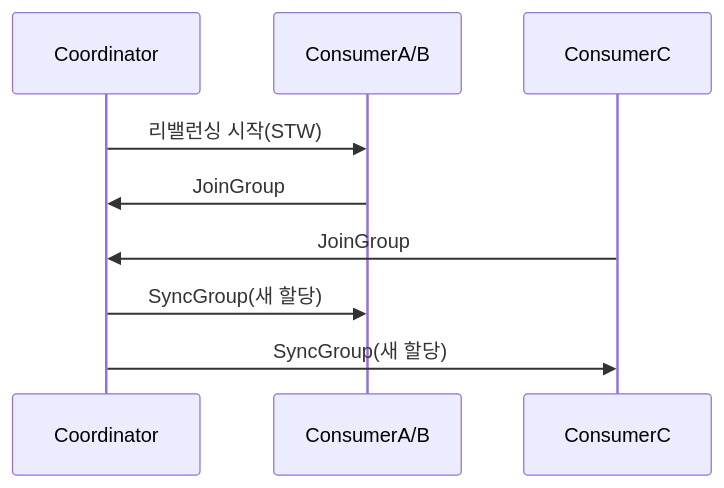
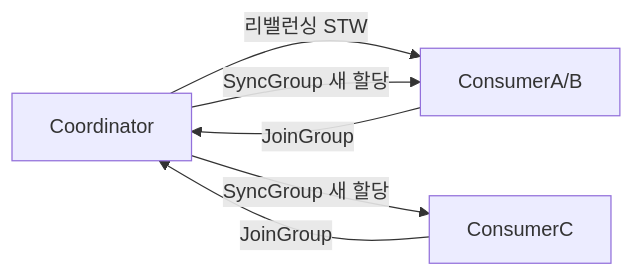
The third of 7 diagrams in _posts/kafka/2026-05-01-kafka-consumer-deep.md (yjkim2015/yjkim2015.github.io), drawn with Mermaid before and after one commit. The commit also changed other lines of this file and 163 other files, not shown here.

First line of the commit message:
Mermaid 300개 블록 내용 축소: 5노드 5엣지 이하, 의미 있는 약어

````diff
--- a/_posts/kafka/2026-05-01-kafka-consumer-deep.md
+++ b/_posts/kafka/2026-05-01-kafka-consumer-deep.md
@@ -126,11 +120,6 @@
 ```mermaid
-sequenceDiagram
-    participant GC as Coordinator
-    participant CA as ConsumerA/B
-    participant CC as ConsumerC
-    GC->>CA: 리밸런싱 시작(STW)
-    CA->>GC: JoinGroup
-    CC->>GC: JoinGroup
-    GC->>CA: SyncGroup(새 할당)
-    GC->>CC: SyncGroup(새 할당)
+graph LR
+    GC["Coordinator"] -->|리밸런싱 STW| CA["ConsumerA/B"]
+    CA & CC["ConsumerC"] -->|JoinGroup| GC
+    GC -->|SyncGroup 새 할당| CA & CC
 ```
````
